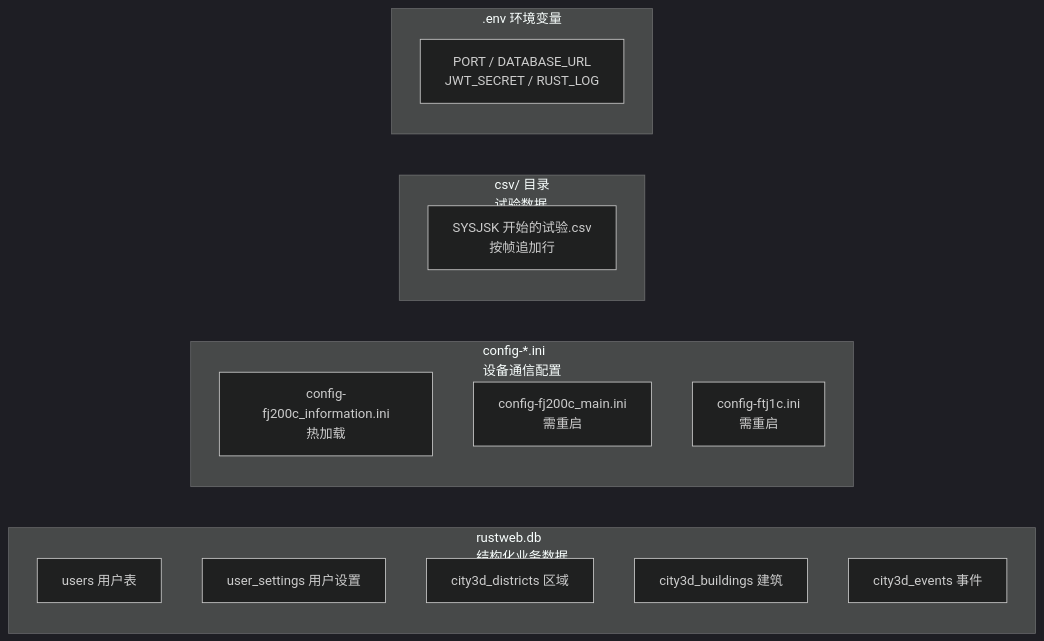
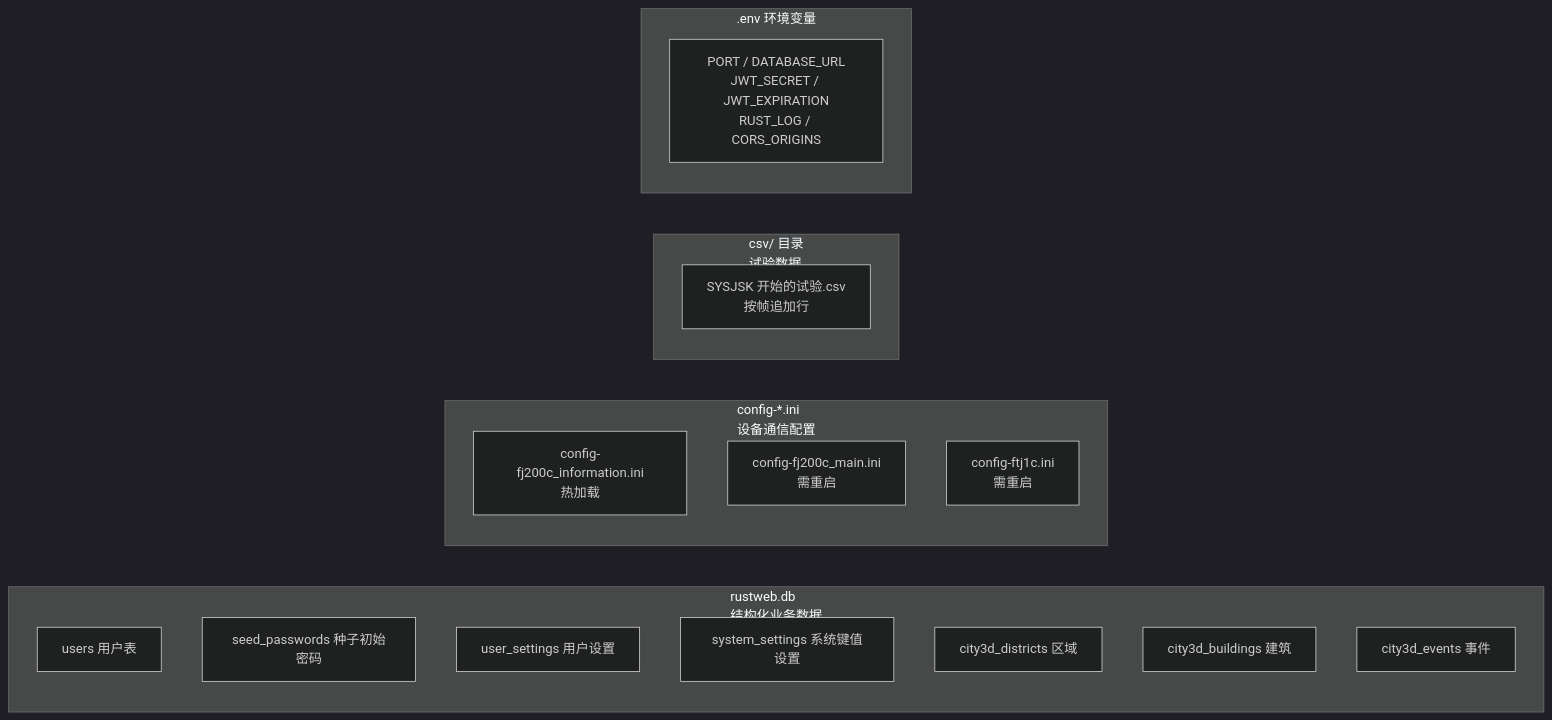
Before and after one commit to 3123958139/RustWeb-Vue: the seventh of 17 diagrams in docs/tutorial/01-项目全景.md, drawn with Mermaid (dark theme). The commit also changed other lines of this file and 8 other files, not shown here.

````diff
--- a/docs/tutorial/01-项目全景.md
+++ b/docs/tutorial/01-项目全景.md
@@ -352,21 +381,23 @@
 ```mermaid
 flowchart LR
     subgraph SQLite[rustweb.db<br/>结构化业务数据]
         A1[users 用户表]
-        A2[user_settings 用户设置]
-        A3[city3d_districts 区域]
-        A4[city3d_buildings 建筑]
-        A5[city3d_events 事件]
+        A2[seed_passwords 种子初始密码]
+        A3[user_settings 用户设置]
+        A4[system_settings 系统键值设置]
+        A5[city3d_districts 区域]
+        A6[city3d_buildings 建筑]
+        A7[city3d_events 事件]
     end
     subgraph INI[config-*.ini<br/>设备通信配置]
         B1[config-fj200c_information.ini<br/>热加载]
         B2[config-fj200c_main.ini<br/>需重启]
         B3[config-ftj1c.ini<br/>需重启]
     end
     subgraph CSV[csv/ 目录<br/>试验数据]
         C1[SYSJSK 开始的试验.csv<br/>按帧追加行]
     end
     subgraph ENV[.env 环境变量]
-        D1[PORT / DATABASE_URL<br/>JWT_SECRET / RUST_LOG]
+        D1[PORT / DATABASE_URL<br/>JWT_SECRET / JWT_EXPIRATION<br/>RUST_LOG / CORS_ORIGINS]
     end
 ```
````
